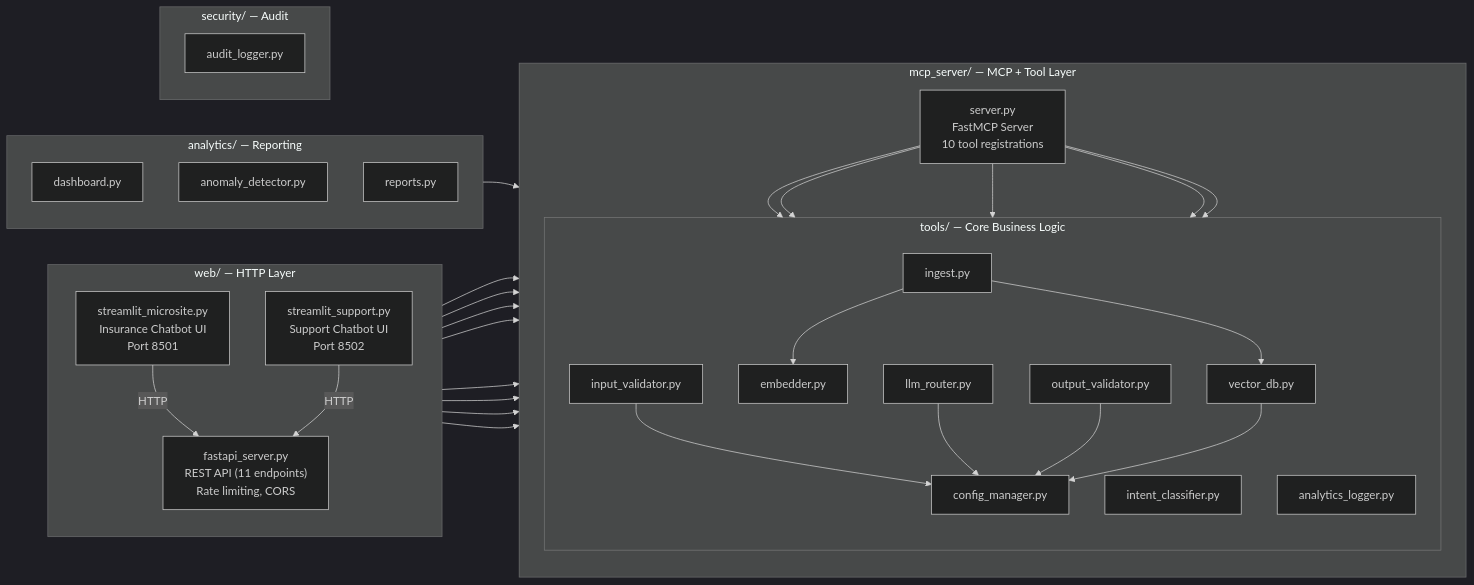
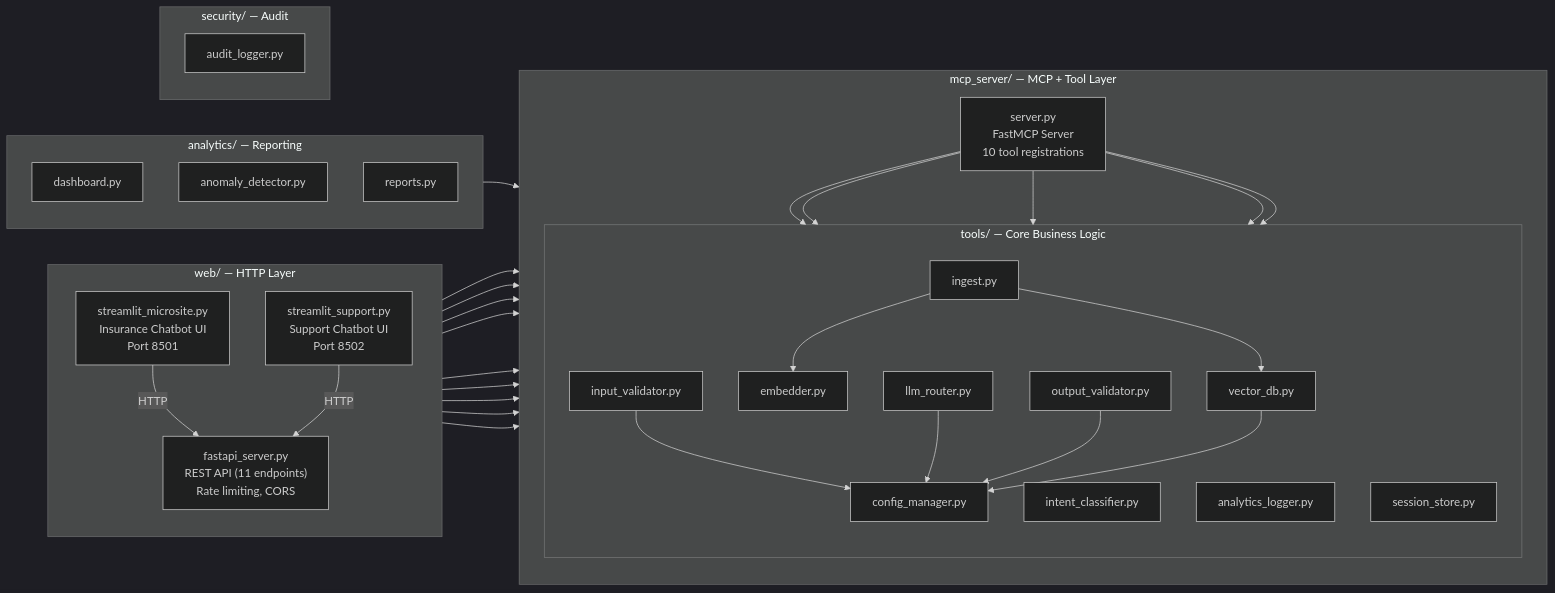
Before and after one commit to rajrkdev/ai-lab: the second of 11 diagrams in prd/docs/ARCHITECTURE.md, drawn with Mermaid (dark theme). The commit also changed other lines of this file and 16 other files, not shown here.

````diff
--- a/prd/docs/ARCHITECTURE.md
+++ b/prd/docs/ARCHITECTURE.md
@@ -120,61 +122,63 @@
 ```mermaid
 graph LR
     subgraph web["web/ — HTTP Layer"]
         direction TB
         FSP["fastapi_server.py<br/>REST API (11 endpoints)<br/>Rate limiting, CORS"]
         STM["streamlit_microsite.py<br/>Insurance Chatbot UI<br/>Port 8501"]
         STS["streamlit_support.py<br/>Support Chatbot UI<br/>Port 8502"]
     end
 
     subgraph mcp["mcp_server/ — MCP + Tool Layer"]
         direction TB
         SRV["server.py<br/>FastMCP Server<br/>10 tool registrations"]
 
         subgraph tools["tools/ — Core Business Logic"]
             direction TB
             IV2["input_validator.py"]
             IC3["intent_classifier.py"]
             EMB2["embedder.py"]
             VDB2["vector_db.py"]
             LLM2["llm_router.py"]
             OV2["output_validator.py"]
             ING2["ingest.py"]
             AL2["analytics_logger.py"]
             CM2["config_manager.py"]
+            SS2["session_store.py"]
         end
     end
 
     subgraph analytics["analytics/ — Reporting"]
         direction TB
         DASH2["dashboard.py"]
         ANOM2["anomaly_detector.py"]
         REP2["reports.py"]
     end
 
     subgraph security["security/ — Audit"]
         AUD["audit_logger.py"]
     end
 
     FSP --> IV2
     FSP --> EMB2
     FSP --> VDB2
     FSP --> LLM2
     FSP --> OV2
     FSP --> IC3
     FSP --> AL2
     FSP --> ING2
+    FSP --> SS2
     STM -->|"HTTP"| FSP
     STS -->|"HTTP"| FSP
     SRV --> IV2
     SRV --> EMB2
     SRV --> VDB2
     SRV --> LLM2
     SRV --> OV2
     ING2 --> EMB2
     ING2 --> VDB2
     ANOM2 --> AL2
     IV2 --> CM2
     LLM2 --> CM2
     OV2 --> CM2
     VDB2 --> CM2
 ```
````
